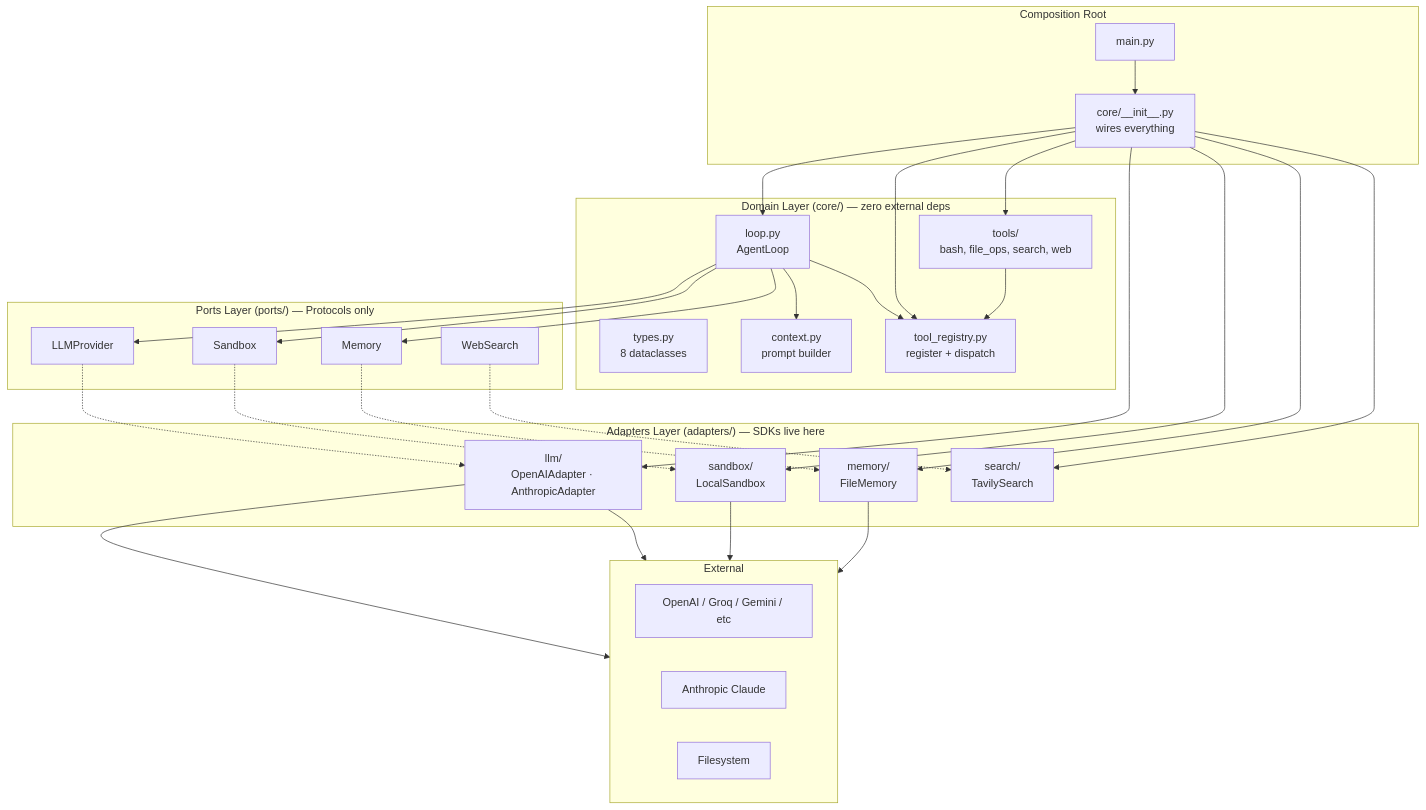
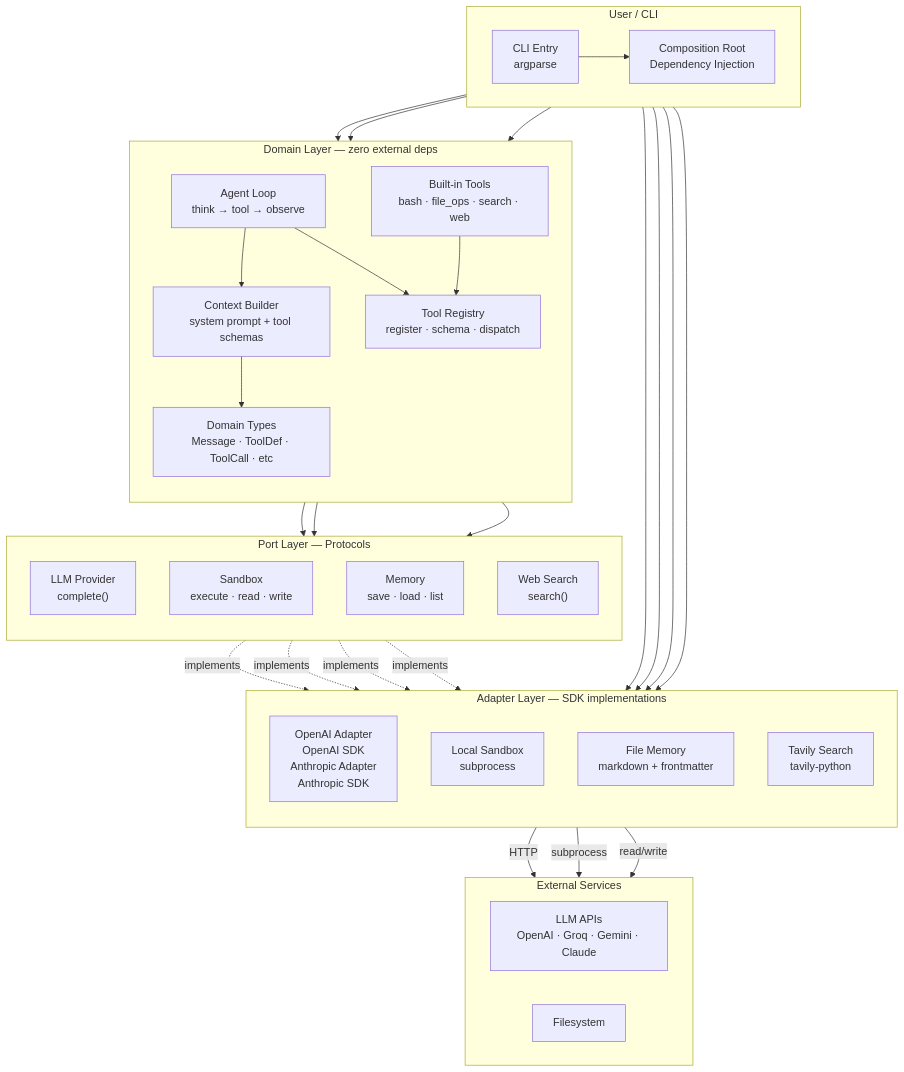
One commit to shivammishrr/Sarvagya changed the first of 5 diagrams in README.md. Above: the diagram before and after it, drawn with Mermaid.

Commit message:
Redesign HLD diagram with architectural concepts instead of filenames

````diff
--- a/README.md
+++ b/README.md
@@ -17,52 +17,57 @@
 ```mermaid
 flowchart TB
-    subgraph CLI["Composition Root"]
-        main_py["main.py"]
-        core_init["core/__init__.py<br/>wires everything"]
+    subgraph User["User / CLI"]
+        direction LR
+        CLI["CLI Entry<br/>argparse"]
+        CR["Composition Root<br/>Dependency Injection"]
     end
 
-    subgraph Core["Domain Layer (core/) — zero external deps"]
-        types["types.py<br/>8 dataclasses"]
-        loop["loop.py<br/>AgentLoop"]
-        context["context.py<br/>prompt builder"]
-        registry["tool_registry.py<br/>register + dispatch"]
-        tools_pkg["tools/<br/>bash, file_ops, search, web"]
+    subgraph Domain["Domain Layer — zero external deps"]
+        direction TB
+        LOOP["Agent Loop<br/>think → tool → observe"]
+        TYPES["Domain Types<br/>Message · ToolDef · ToolCall · etc"]
+        CTX["Context Builder<br/>system prompt + tool schemas"]
+        REG["Tool Registry<br/>register · schema · dispatch"]
+        TOOLS["Built-in Tools<br/>bash · file_ops · search · web"]
     end
 
-    subgraph Ports["Ports Layer (ports/) — Protocols only"]
-        port_llm["LLMProvider"]
-        port_sbox["Sandbox"]
-        port_mem["Memory"]
-        port_srch["WebSearch"]
+    subgraph Ports["Port Layer — Protocols"]
+        direction TB
+        P_LLM["LLM Provider<br/>complete()"]
+        P_SBOX["Sandbox<br/>execute · read · write"]
+        P_MEM["Memory<br/>save · load · list"]
+        P_SRCH["Web Search<br/>search()"]
     end
 
-    subgraph Adapters["Adapters Layer (adapters/) — SDKs live here"]
-        adapt_llm["llm/<br/>OpenAIAdapter · AnthropicAdapter"]
-        adapt_sbox["sandbox/<br/>LocalSandbox"]
-        adapt_mem["memory/<br/>FileMemory"]
-        adapt_srch["search/<br/>TavilySearch"]
+    subgraph Adapters["Adapter Layer — SDK implementations"]
+        direction TB
+        A_LLM["OpenAI Adapter<br/>OpenAI SDK<br/>Anthropic Adapter<br/>Anthropic SDK"]
+        A_SBOX["Local Sandbox<br/>subprocess"]
+        A_MEM["File Memory<br/>markdown + frontmatter"]
+        A_SRCH["Tavily Search<br/>tavily-python"]
     end
 
-    subgraph External["External"]
+    subgraph External["External Services"]
         direction LR
-        API["OpenAI / Groq / Gemini / etc"]
-        CLAUDE["Anthropic Claude"]
-        FS["Filesystem"]
+        EXT_LLM["LLM APIs<br/>OpenAI · Groq · Gemini · Claude"]
+        EXT_FS["Filesystem"]
     end
 
-    main_py --> core_init
-    core_init --> loop & registry & tools_pkg
-    core_init --> adapt_llm & adapt_sbox & adapt_mem & adapt_srch
-    loop --> port_llm & port_sbox & port_mem
-    loop --> context & registry
-    tools_pkg --> registry
+    CLI --> CR
+    CR --> LOOP & REG & TOOLS
+    CR --> A_LLM & A_SBOX & A_MEM & A_SRCH
 
-    port_llm -.-> adapt_llm
-    port_sbox -.-> adapt_sbox
-    port_mem -.-> adapt_mem
-    port_srch -.-> adapt_srch
+    LOOP --> P_LLM & P_SBOX & P_MEM
+    LOOP --> CTX & REG
+    TOOLS --> REG
+    CTX --> TYPES
 
-    adapt_llm --> API & CLAUDE
-    adapt_sbox --> FS
-    adapt_mem --> FS
+    P_LLM -.->|implements| A_LLM
+    P_SBOX -.->|implements| A_SBOX
+    P_MEM -.->|implements| A_MEM
+    P_SRCH -.->|implements| A_SRCH
+
+    A_LLM -->|HTTP| EXT_LLM
+    A_SBOX -->|subprocess| EXT_FS
+    A_MEM -->|read/write| EXT_FS
 ```
````
